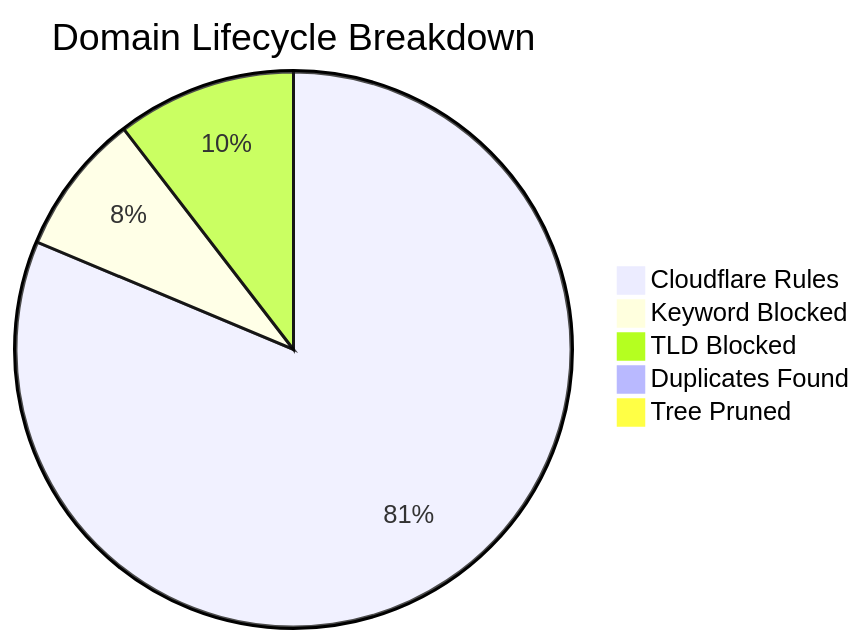
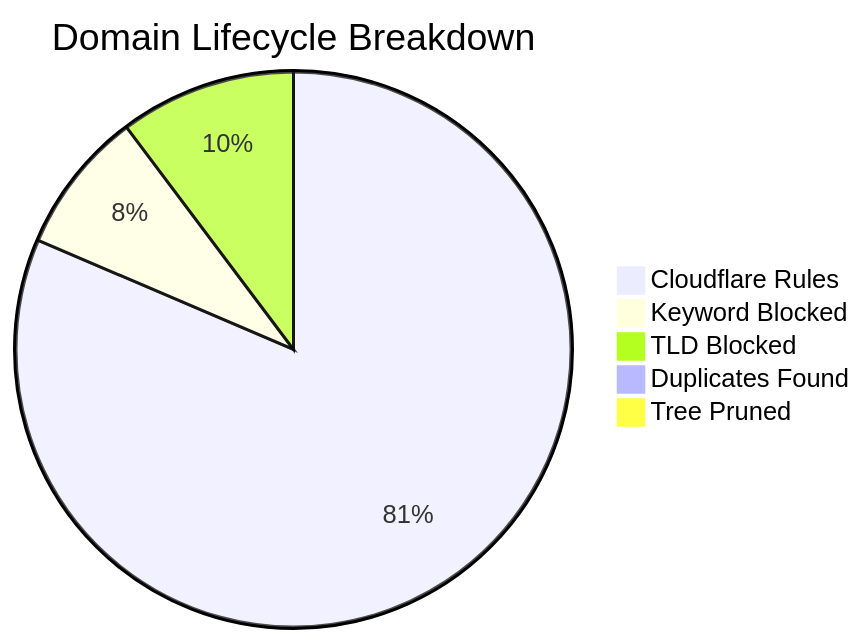
Before and after one commit to brojangles24/Cloudflare-ZeroTrust-AdBlock: the diagram in README_STATS.md, drawn with Mermaid. The commit also changed other lines of this file and 1 other file, not shown here.

````diff
--- a/README_STATS.md
+++ b/README_STATS.md
@@ -5,8 +5,8 @@
 ```mermaid
 pie title Domain Lifecycle Breakdown
-    "Cloudflare Rules" : 273021
-    "Keyword Blocked" : 27676
-    "TLD Blocked" : 35064
-    "Duplicates Found" : 978
+    "Cloudflare Rules" : 271113
+    "Keyword Blocked" : 27677
+    "TLD Blocked" : 34137
+    "Duplicates Found" : 973
     "Tree Pruned" : 1010
 ```
````
